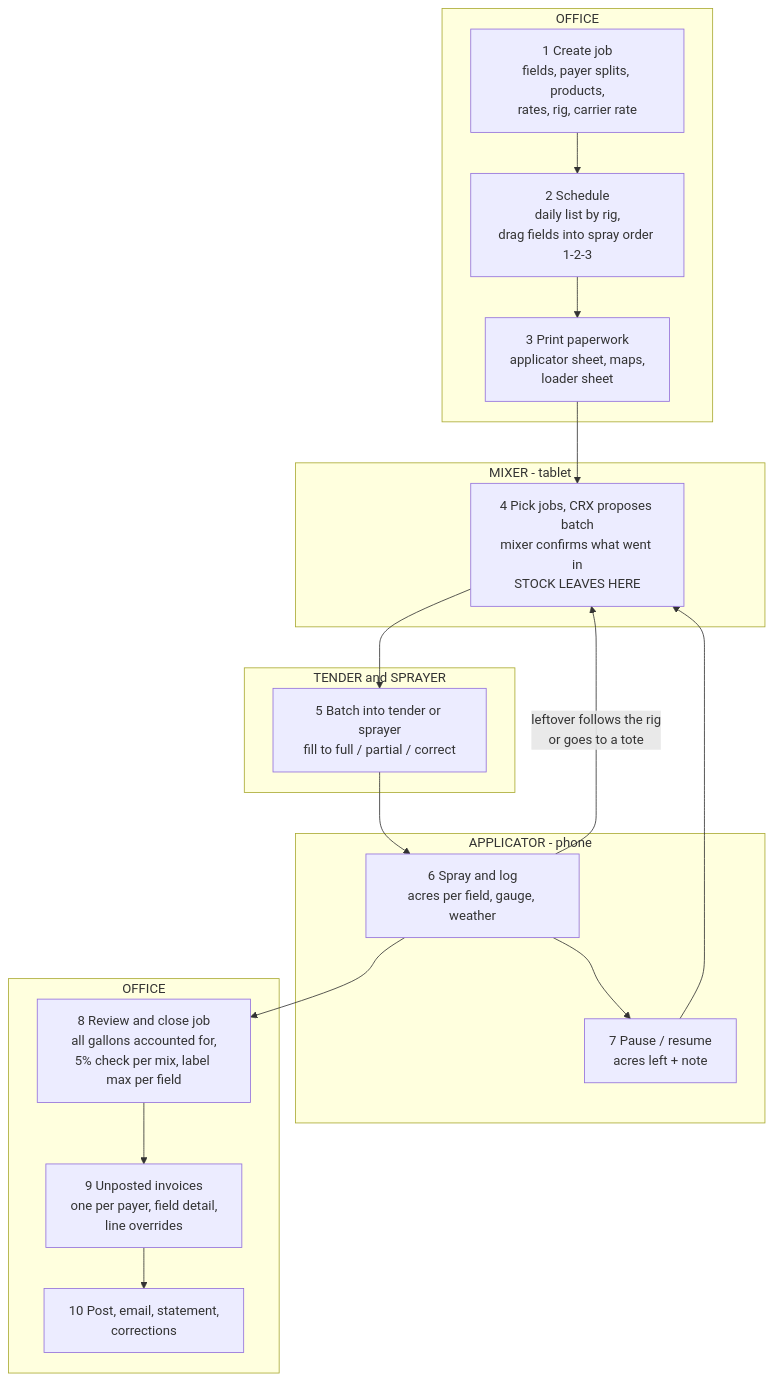
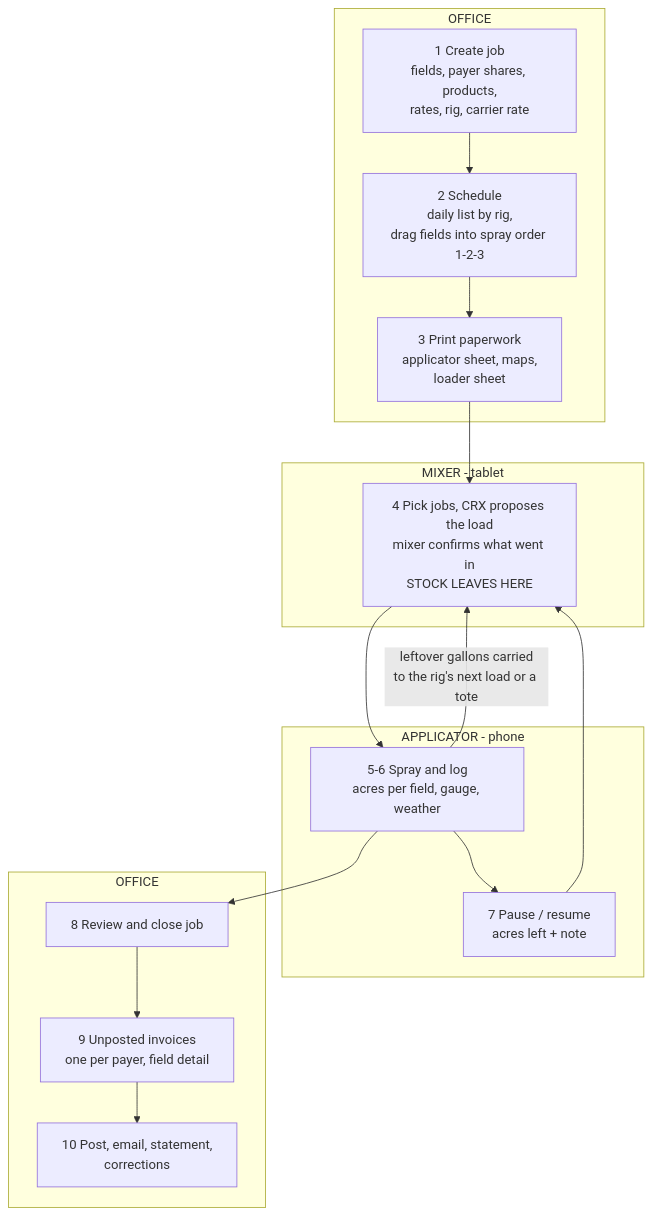
One commit to croprxsolutions/CRX_Manager_V1.0 changed the first of 3 diagrams in docs/plans/field-application/SPEC.md. Above: the diagram before and after it, drawn with Mermaid. The commit also changed other lines of this file and 20 other files, not shown here.

````diff
--- a/docs/plans/field-application/SPEC.md
+++ b/docs/plans/field-application/SPEC.md
@@ -22,27 +20,24 @@
 ```mermaid
 flowchart TD
   subgraph OFF1["OFFICE"]
-    A1["1 Create job<br/>fields, payer splits, products,<br/>rates, rig, carrier rate"]
+    A1["1 Create job<br/>fields, payer shares, products,<br/>rates, rig, carrier rate"]
     A2["2 Schedule<br/>daily list by rig,<br/>drag fields into spray order 1-2-3"]
     A3["3 Print paperwork<br/>applicator sheet, maps,<br/>loader sheet"]
   end
   subgraph MIX["MIXER - tablet"]
-    B1["4 Pick jobs, CRX proposes batch<br/>mixer confirms what went in<br/>STOCK LEAVES HERE"]
-  end
-  subgraph TEN["TENDER and SPRAYER"]
-    C1["5 Batch into tender or sprayer<br/>fill to full / partial / correct"]
+    B1["4 Pick jobs, CRX proposes the load<br/>mixer confirms what went in<br/>STOCK LEAVES HERE"]
   end
   subgraph APP["APPLICATOR - phone"]
-    D1["6 Spray and log<br/>acres per field, gauge, weather"]
+    D1["5-6 Spray and log<br/>acres per field, gauge, weather"]
     D2["7 Pause / resume<br/>acres left + note"]
   end
   subgraph OFF2["OFFICE"]
-    E1["8 Review and close job<br/>all gallons accounted for,<br/>5% check per mix, label max per field"]
-    E2["9 Unposted invoices<br/>one per payer, field detail,<br/>line overrides"]
+    E1["8 Review and close job"]
+    E2["9 Unposted invoices<br/>one per payer, field detail"]
     E3["10 Post, email, statement,<br/>corrections"]
   end
-  A1 --> A2 --> A3 --> B1 --> C1 --> D1
+  A1 --> A2 --> A3 --> B1 --> D1
   D1 --> D2 --> B1
-  D1 -- "leftover follows the rig<br/>or goes to a tote" --> B1
+  D1 -- "leftover gallons carried<br/>to the rig's next load or a tote" --> B1
   D1 --> E1 --> E2 --> E3
 ```
````
